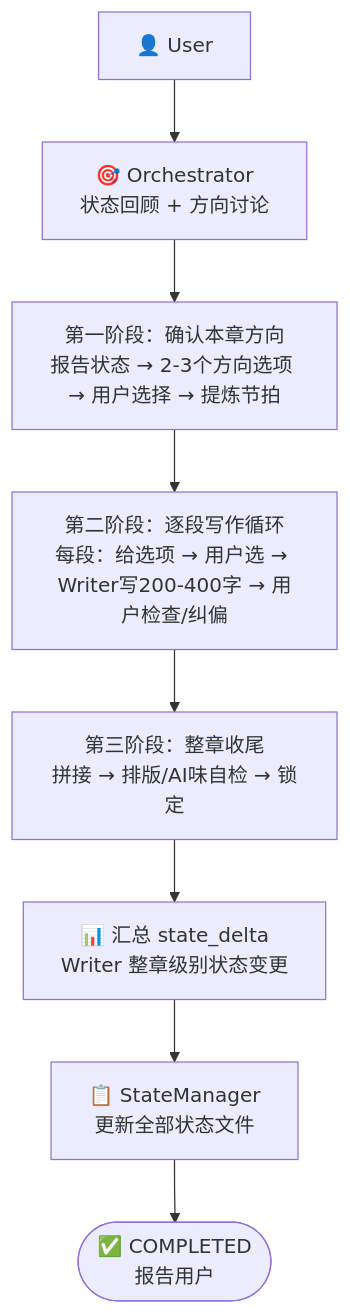
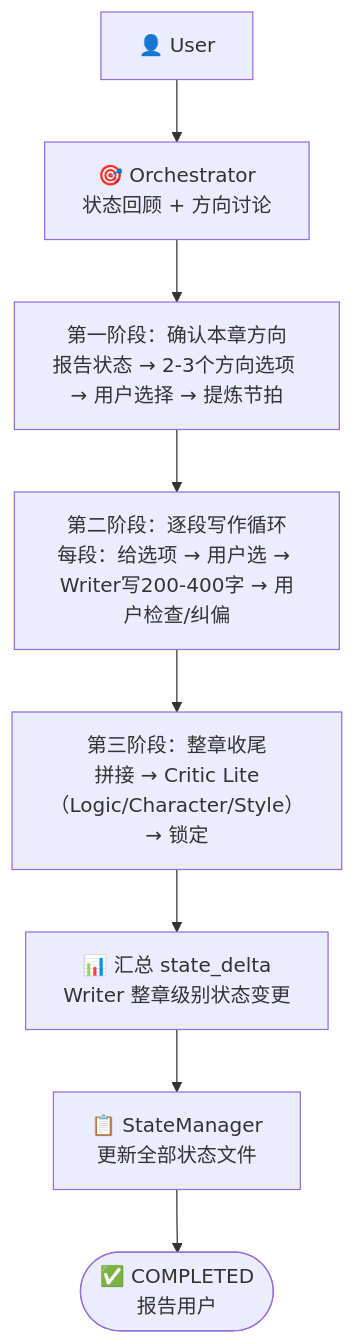
One commit to deathwhispers/novel-studio changed the first of 7 diagrams in workflows/pipeline.md. Above: the diagram before and after it, drawn with Mermaid. The commit also changed other lines of this file and 14 other files, not shown here.

First line of the commit message:
feat: 发布 0.0.5 — 写章节收尾 Critic Lite + 状态事务版本机制

````diff
--- a/workflows/pipeline.md
+++ b/workflows/pipeline.md
@@ -14,15 +14,15 @@
 ```mermaid
 flowchart TD
     User["👤 User"]
     Orchestrator["🎯 Orchestrator<br/>状态回顾 + 方向讨论"]
 
     User --> Orchestrator
 
     Orchestrator --> Phase1["第一阶段：确认本章方向<br/>报告状态 → 2-3个方向选项 → 用户选择 → 提炼节拍"]
     Phase1 --> Phase2["第二阶段：逐段写作循环<br/>每段：给选项 → 用户选 → Writer写200-400字 → 用户检查/纠偏"]
-    Phase2 --> Phase3["第三阶段：整章收尾<br/>拼接 → 排版/AI味自检 → 锁定"]
+    Phase2 --> Phase3["第三阶段：整章收尾<br/>拼接 → Critic Lite（Logic/Character/Style）→ 锁定"]
 
     Phase3 --> Summarize["📊 汇总 state_delta<br/>Writer 整章级别状态变更"]
     Summarize --> StateManager["📋 StateManager<br/>更新全部状态文件"]
     StateManager --> Completed(["✅ COMPLETED<br/>报告用户"])
 ```
````
